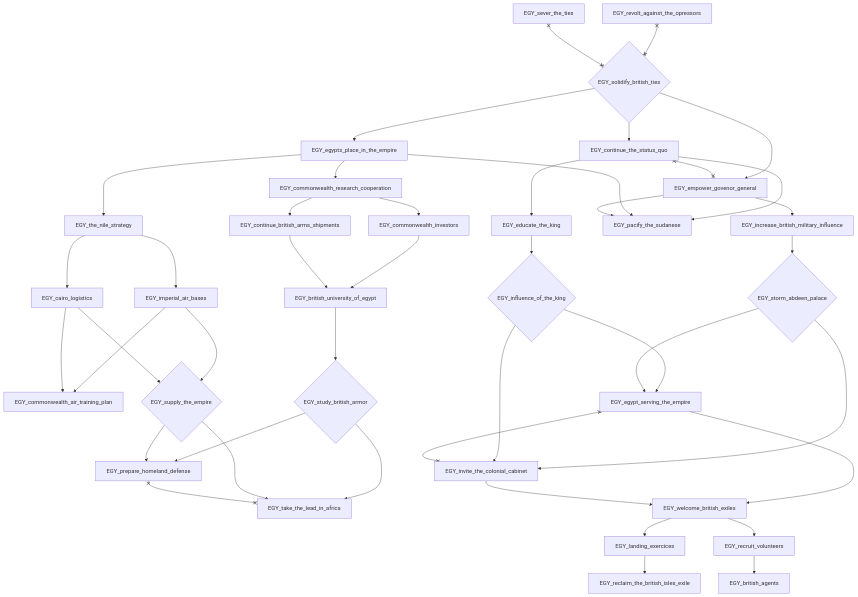
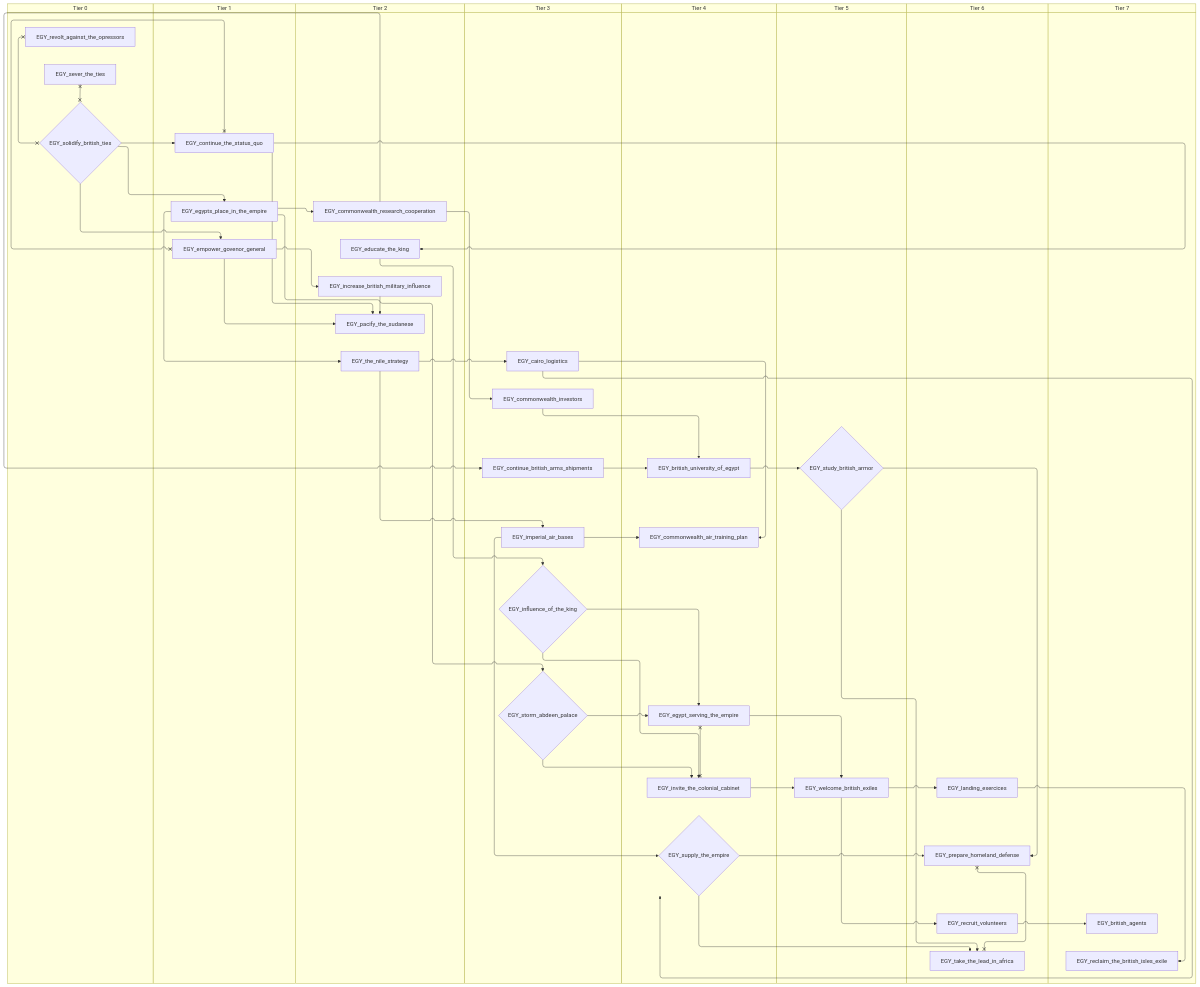
One commit to evgeny-sobol/hoi4-sandbox-mode-r56 changed the tenth of 10 diagrams in docs/gdd/National Focuses/r56/egypt.md. Above: the diagram before and after it, drawn with Mermaid. The commit also changed other lines of this file and 423 other files, not shown here.

First line of the commit message:
Re-export Rt56 focus trees as swimlane diagrams

````diff
--- a/docs/gdd/National Focuses/r56/egypt.md
+++ b/docs/gdd/National Focuses/r56/egypt.md
@@ -539,75 +665,91 @@
 ```mermaid
-flowchart TD
-    n193["EGY_british_agents"]
-    n194["EGY_british_university_of_egypt"]
-    n195["EGY_cairo_logistics"]
-    n196["EGY_commonwealth_air_training_plan"]
-    n197["EGY_commonwealth_investors"]
-    n198["EGY_commonwealth_research_cooperation"]
-    n199["EGY_continue_british_arms_shipments"]
-    n200["EGY_continue_the_status_quo"]
-    n201["EGY_educate_the_king"]
-    n202["EGY_egypt_serving_the_empire"]
-    n203["EGY_egypts_place_in_the_empire"]
-    n204["EGY_empower_govenor_general"]
-    n205["EGY_imperial_air_bases"]
-    n206["EGY_increase_british_military_influence"]
-    n207{"EGY_influence_of_the_king"}
-    n208["EGY_invite_the_colonial_cabinet"]
-    n209["EGY_landing_exercices"]
-    n210["EGY_pacify_the_sudanese"]
-    n211["EGY_prepare_homeland_defense"]
-    n212["EGY_reclaim_the_british_isles_exile"]
-    n213["EGY_recruit_volunteers"]
-    n96["EGY_revolt_against_the_opressors"]
-    n101["EGY_sever_the_ties"]
-    n102{"EGY_solidify_british_ties"}
-    n214{"EGY_storm_abdeen_palace"}
-    n215{"EGY_study_british_armor"}
-    n216{"EGY_supply_the_empire"}
-    n217["EGY_take_the_lead_in_africa"]
-    n218["EGY_the_nile_strategy"]
-    n219["EGY_welcome_british_exiles"]
-    n213 --> n193
-    n197 --> n194
-    n199 --> n194
-    n218 --> n195
-    n205 --> n196
-    n195 --> n196
-    n198 --> n197
-    n203 --> n198
-    n198 --> n199
-    n102 --> n200
+swimlane-beta TD
+    subgraph tier_0["Tier 0"]
+        n66["EGY_revolt_against_the_opressors"]
+        n67["EGY_sever_the_ties"]
+        n68{"EGY_solidify_british_ties"}
+    end
+    subgraph tier_1["Tier 1"]
+        n193["EGY_continue_the_status_quo"]
+        n194["EGY_egypts_place_in_the_empire"]
+        n195["EGY_empower_govenor_general"]
+    end
+    subgraph tier_2["Tier 2"]
+        n196["EGY_commonwealth_research_cooperation"]
+        n197["EGY_educate_the_king"]
+        n198["EGY_increase_british_military_influence"]
+        n199["EGY_pacify_the_sudanese"]
+        n200["EGY_the_nile_strategy"]
+    end
+    subgraph tier_3["Tier 3"]
+        n201["EGY_cairo_logistics"]
+        n202["EGY_commonwealth_investors"]
+        n203["EGY_continue_british_arms_shipments"]
+        n204["EGY_imperial_air_bases"]
+        n205{"EGY_influence_of_the_king"}
+        n206{"EGY_storm_abdeen_palace"}
+    end
+    subgraph tier_4["Tier 4"]
+        n207["EGY_british_university_of_egypt"]
+        n208["EGY_commonwealth_air_training_plan"]
+        n209["EGY_egypt_serving_the_empire"]
+        n210["EGY_invite_the_colonial_cabinet"]
+        n211{"EGY_supply_the_empire"}
+    end
+    subgraph tier_5["Tier 5"]
+        n212{"EGY_study_british_armor"}
+        n213["EGY_welcome_british_exiles"]
+    end
+    subgraph tier_6["Tier 6"]
+        n214["EGY_landing_exercices"]
+        n215["EGY_prepare_homeland_defense"]
+        n216["EGY_recruit_volunteers"]
+        n217["EGY_take_the_lead_in_africa"]
+    end
+    subgraph tier_7["Tier 7"]
+        n218["EGY_british_agents"]
+        n219["EGY_reclaim_the_british_isles_exile"]
+    end
+    n216 --> n218
+    n202 --> n207
+    n203 --> n207
     n200 --> n201
-    n207 --> n202
-    n214 --> n202
-    n102 --> n203
-    n102 --> n204
-    n218 --> n205
-    n204 --> n206
-    n201 --> n207
-    n214 --> n208
-    n207 --> n208
-    n219 --> n209
-    n200 --> n210
-    n203 --> n210
-    n204 --> n210
-    n215 --> n211
-    n216 --> n211
-    n209 --> n212
-    n219 --> n213
-    n206 --> n214
-    n194 --> n215
-    n205 --> n216
-    n195 --> n216
-    n215 --> n217
-    n216 --> n217
-    n203 --> n218
-    n202 --> n219
-    n208 --> n219
-    n200 x--x n204
-    n202 x--x n208
-    n211 x--x n217
-    n96 x--x n102
-    n101 x--x n102
+    n204 --> n208
+    n201 --> n208
+    n196 --> n202
+    n194 --> n196
+    n196 --> n203
+    n68 --> n193
+    n193 --> n197
+    n205 --> n209
+    n206 --> n209
+    n68 --> n194
+    n68 --> n195
+    n200 --> n204
+    n195 --> n198
+    n197 --> n205
+    n206 --> n210
+    n205 --> n210
+    n213 --> n214
+    n193 --> n199
+    n194 --> n199
+    n195 --> n199
+    n212 --> n215
+    n211 --> n215
+    n214 --> n219
+    n213 --> n216
+    n198 --> n206
+    n207 --> n212
+    n204 --> n211
+    n201 --> n211
+    n212 --> n217
+    n211 --> n217
+    n194 --> n200
+    n209 --> n213
+    n210 --> n213
+    n193 x--x n195
+    n209 x--x n210
+    n215 x--x n217
+    n66 x--x n68
+    n67 x--x n68
 ```
````
